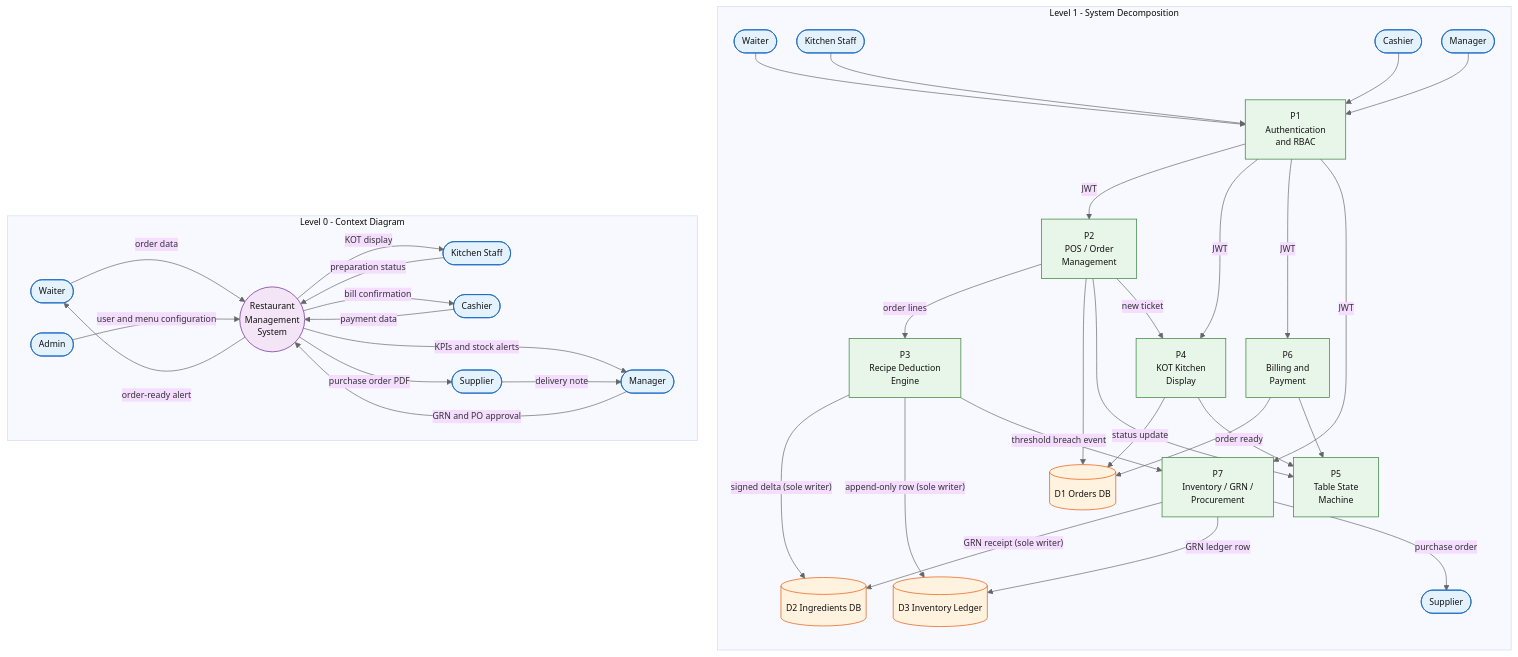
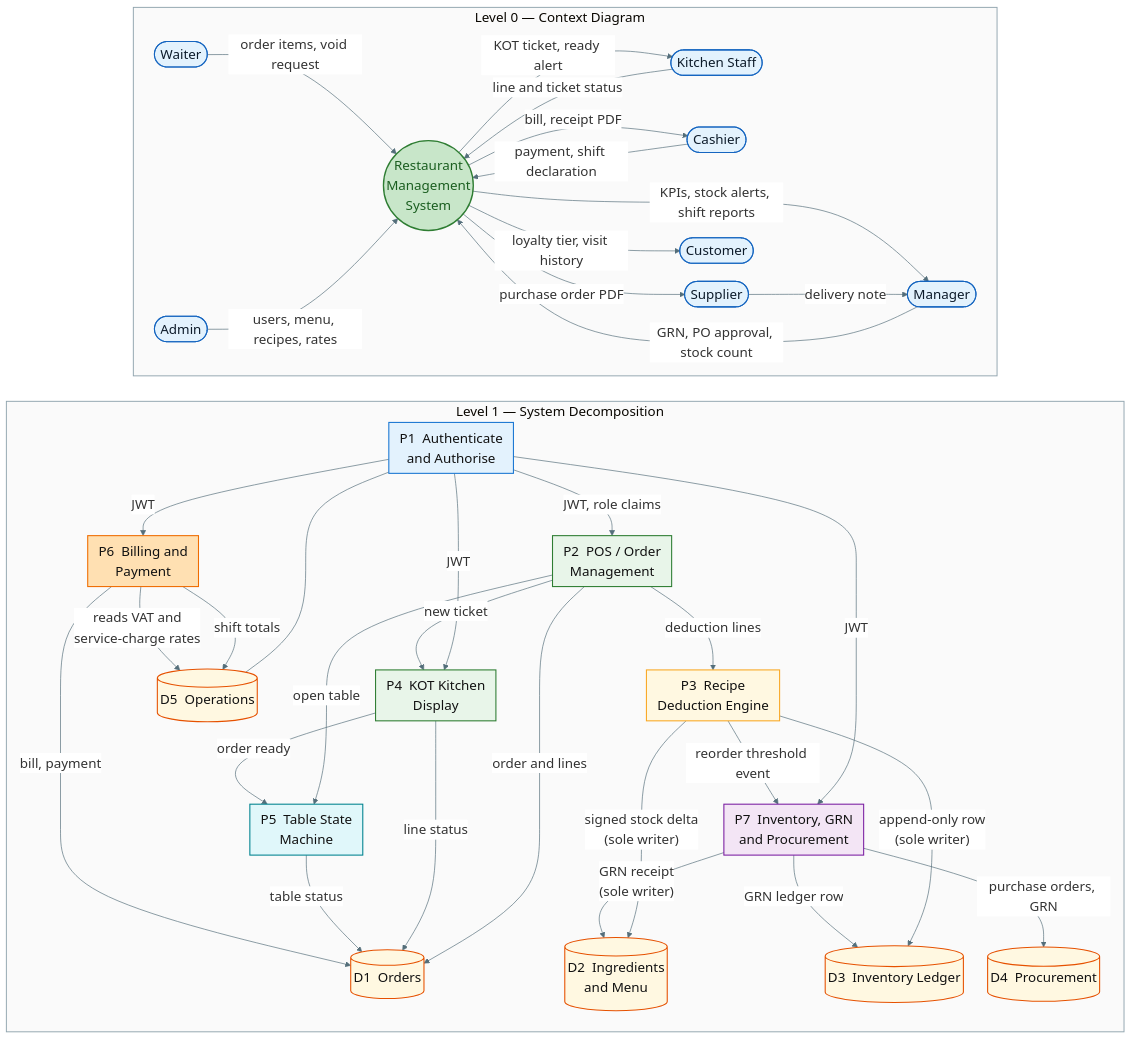
One commit to Buddhimal-Ramanayaka/restaurant-management-system changed the diagram in diagrams-source/fig3_6_dfd.mmd. Above: the diagram before and after it, drawn with Mermaid. The commit also changed 20 other files, not shown here.

First line of the commit message:
Update diagram sources to match the current system

```diff
--- a/diagrams-source/fig3_6_dfd.mmd
+++ b/diagrams-source/fig3_6_dfd.mmd
@@ -1,65 +1,83 @@
-%%{init: {'theme':'base','themeVariables':{'fontSize':'13px','fontFamily':'Segoe UI, Arial, sans-serif','lineColor':'#666'},'flowchart':{'nodeSpacing':30,'rankSpacing':45,'curve':'basis'}}}%%
+%%{init: {'theme':'base','themeVariables':{'fontFamily':'Arial, Helvetica, sans-serif','fontSize':'20px','lineColor':'#546E7A','edgeLabelBackground':'#FFFFFF'},'flowchart':{'nodeSpacing':26,'rankSpacing':38,'curve':'basis','padding':8}}}%%
 flowchart TB
 
-subgraph L1["Level 1 - System Decomposition"]
+subgraph L0["Level 0 — Context Diagram&nbsp;&nbsp;&nbsp;"]
+  direction LR
+  W0([Waiter]) -->|"order items, void request"| SYS(("Restaurant<br/>Management<br/>System"))
+  K0([Kitchen Staff]) -->|"line and ticket status"| SYS
+  C0([Cashier]) -->|"payment, shift declaration"| SYS
+  M0([Manager]) -->|"GRN, PO approval, stock count"| SYS
+  A0([Admin]) -->|"users, menu, recipes, rates"| SYS
+  SYS -->|"KOT ticket, ready alert"| K0
+  SYS -->|"bill, receipt PDF"| C0
+  SYS -->|"KPIs, stock alerts, shift reports"| M0
+  SYS -->|"purchase order PDF"| S0([Supplier])
+  S0 -->|"delivery note"| M0
+  SYS -->|"loyalty tier, visit history"| CU0([Customer])
+end
+
+subgraph L1["Level 1 — System Decomposition&nbsp;&nbsp;&nbsp;"]
   direction TB
-  P1["P1<br/>Authentication<br/>and RBAC"]
-  P2["P2<br/>POS / Order<br/>Management"]
-  P3["P3<br/>Recipe Deduction<br/>Engine"]
-  P4["P4<br/>KOT Kitchen<br/>Display"]
-  P5["P5<br/>Table State<br/>Machine"]
-  P6["P6<br/>Billing and<br/>Payment"]
-  P7["P7<br/>Inventory / GRN /<br/>Procurement"]
 
-  D1[("D1  Orders DB")]
-  D2[("D2  Ingredients DB")]
-  D3[("D3  Inventory Ledger")]
+  P1["P1 &nbsp;Authenticate<br/>and Authorise"]
+  P2["P2 &nbsp;POS / Order<br/>Management"]
+  P3["P3 &nbsp;Recipe<br/>Deduction Engine"]
+  P4["P4 &nbsp;KOT Kitchen<br/>Display"]
+  P5["P5 &nbsp;Table State<br/>Machine"]
+  P6["P6 &nbsp;Billing and<br/>Payment"]
+  P7["P7 &nbsp;Inventory, GRN<br/>and Procurement"]
 
-  WA([Waiter]) --> P1
-  KS([Kitchen Staff]) --> P1
-  CA([Cashier]) --> P1
-  MA([Manager]) --> P1
-  P1 -->|JWT| P2
+  D1[("D1 &nbsp;Orders")]
+  D2[("D2 &nbsp;Ingredients<br/>and Menu")]
+  D3[("D3 &nbsp;Inventory Ledger")]
+  D4[("D4 &nbsp;Procurement")]
+  D5[("D5 &nbsp;Operations")]
+
+  P1 -->|"JWT, role claims"| P2
   P1 -->|JWT| P4
   P1 -->|JWT| P6
   P1 -->|JWT| P7
+  P1 --- D5
 
-  P2 -->|order lines| P3
-  P2 --> D1
-  P2 --> P5
-  P3 -->|"signed delta (sole writer)"| D2
-  P3 -->|"append-only row (sole writer)"| D3
-  P3 -->|threshold breach event| P7
-  P2 -->|new ticket| P4
-  P4 -->|status update| D1
-  P4 -->|order ready| P5
-  P6 --> D1
-  P6 --> P5
-  P7 -->|"GRN receipt (sole writer)"| D2
+  P2 -->|"deduction lines"| P3
+  P2 -->|"order and lines"| D1
+  P2 -->|"open table"| P5
+  P2 -->|"new ticket"| P4
+
+  P3 -->|"signed stock delta<br/>(sole writer)"| D2
+  P3 -->|"append-only row<br/>(sole writer)"| D3
+  P3 -->|"reorder threshold event"| P7
+
+  P4 -->|"line status"| D1
+  P4 -->|"order ready"| P5
+  P5 -->|"table status"| D1
+
+  P6 -->|"bill, payment"| D1
+  P6 -->|"shift totals"| D5
+  P6 -->|"reads VAT and<br/>service-charge rates"| D5
+
+  P7 -->|"purchase orders, GRN"| D4
+  P7 -->|"GRN receipt<br/>(sole writer)"| D2
   P7 -->|"GRN ledger row"| D3
-  P7 -->|purchase order| SUP([Supplier])
 end
 
-subgraph L0["Level 0 - Context Diagram"]
-  direction LR
-  W0([Waiter]) -->|order data| SYS(("Restaurant<br/>Management<br/>System"))
-  K0([Kitchen Staff]) -->|preparation status| SYS
-  C0([Cashier]) -->|payment data| SYS
-  M0([Manager]) -->|GRN and PO approval| SYS
-  A0([Admin]) -->|user and menu configuration| SYS
-  SYS -->|KOT display| K0
-  SYS -->|order-ready alert| W0
-  SYS -->|bill confirmation| C0
-  SYS -->|KPIs and stock alerts| M0
-  SYS -->|purchase order PDF| S0([Supplier])
-  S0 -->|delivery note| M0
-end
+L0 ~~~ L1
 
-classDef proc fill:#E8F5E9,stroke:#2E7D32,color:#111
-classDef store fill:#FFF3E0,stroke:#E65100,color:#111
-classDef ext fill:#E3F2FD,stroke:#1565C0,color:#111
-classDef sys fill:#F3E5F5,stroke:#6A1B9A,color:#111
+classDef ext  fill:#E3F2FD,stroke:#1565C0,stroke-width:1.6px,color:#0d1b2a
+classDef sys  fill:#C8E6C9,stroke:#2E7D32,stroke-width:2px,color:#1b5e20
+classDef proc fill:#E8F5E9,stroke:#2E7D32,stroke-width:1.6px,color:#111
+classDef store fill:#FFF8E1,stroke:#E65100,stroke-width:1.6px,color:#111
+
+class W0,K0,C0,M0,A0,S0,CU0 ext
+class SYS sys
 class P1,P2,P3,P4,P5,P6,P7 proc
-class D1,D2,D3 store
-class W0,K0,C0,M0,A0,S0,WA,KS,CA,MA,SUP ext
-class SYS sys
+class D1,D2,D3,D4,D5 store
+
+style L0 fill:#FAFAFA,stroke:#90A4AE,stroke-width:1.4px
+style L1 fill:#FAFAFA,stroke:#90A4AE,stroke-width:1.4px
+
+style P1 fill:#E3F2FD,stroke:#1976D2
+style P3 fill:#FFF8E1,stroke:#F9A825
+style P5 fill:#E0F7FA,stroke:#00838F
+style P6 fill:#FFE0B2,stroke:#EF6C00
+style P7 fill:#F3E5F5,stroke:#7B1FA2
```
